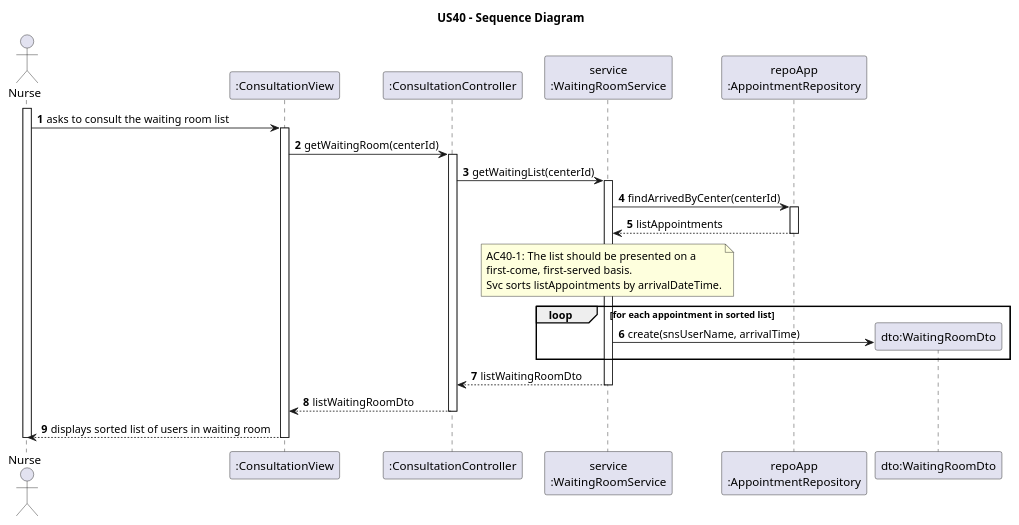
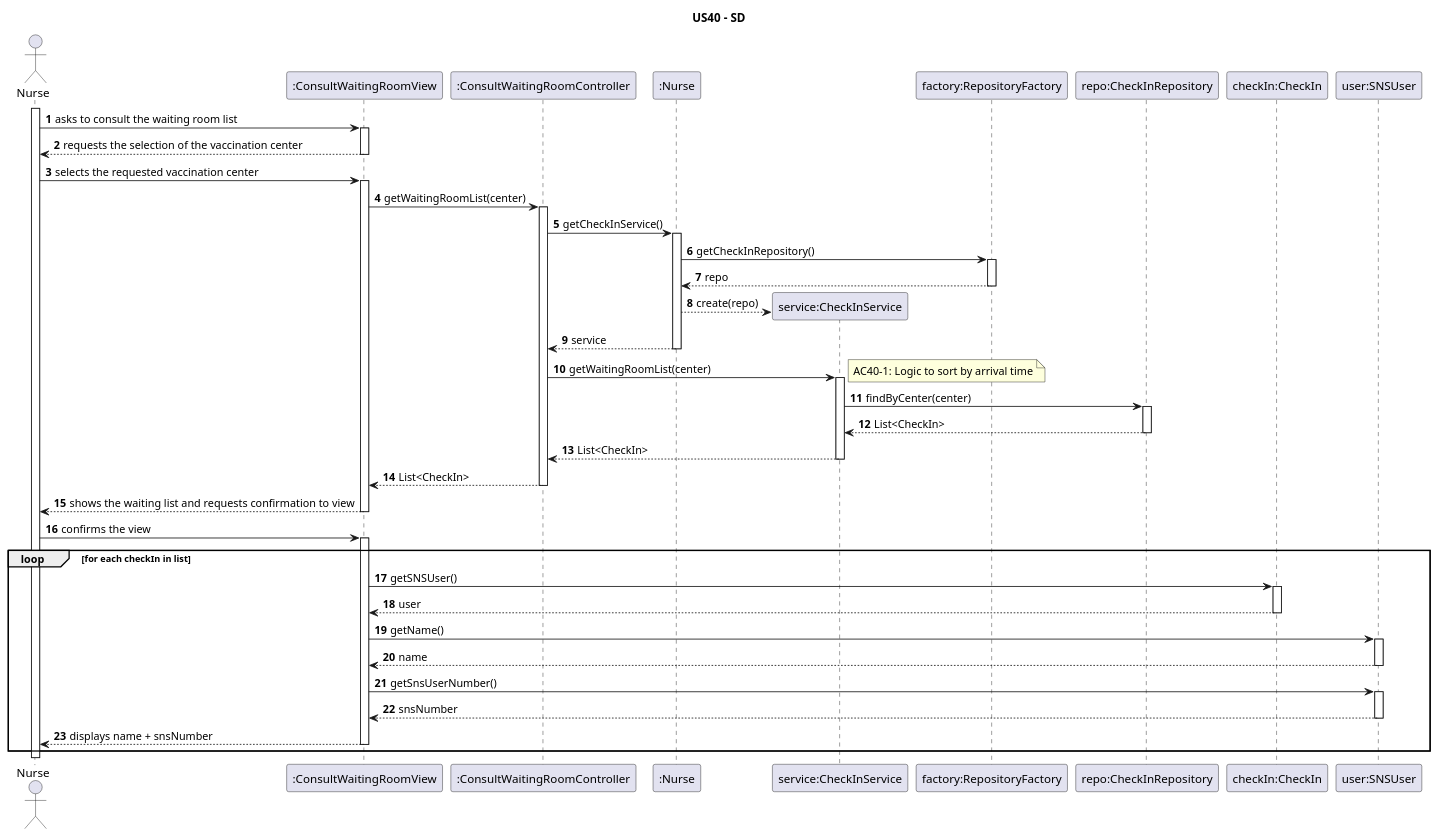
The diagram in docs/system-documentation/US40/puml/US40-SD.puml (luluisfcm/leti-esoft-25-26-B5), drawn with PlantUML before and after one commit. The commit also changed 12 other files, not shown here.

```diff
--- a/docs/system-documentation/US40/puml/US40-SD.puml
+++ b/docs/system-documentation/US40/puml/US40-SD.puml
@@ -1,50 +1,56 @@
 @startuml
-title US40 - Sequence Diagram
+'https://plantuml.com/sequence-diagram
+
+autoactivate on
 autonumber
 
-actor "Nurse" as Nur
-participant ":ConsultationView" as UI
-participant ":ConsultationController" as Ctrl
-participant "service\n:WaitingRoomService" as Svc
-participant "repoApp\n:AppointmentRepository" as Repo
-participant "dto:WaitingRoomDto" as DTO
+title US40 - SD
 
-activate Nur
+actor "Nurse" as NurseActor
+participant ":ConsultWaitingRoomView" as UI
+participant ":ConsultWaitingRoomController" as Ctrl
+participant ":Nurse" as Nurse
+participant "service:CheckInService" as Service
+participant "factory:RepositoryFactory" as Factory
+participant "repo:CheckInRepository" as Repo
+participant "checkIn:CheckIn" as CheckIn
+participant "user:SNSUser" as User
 
-Nur -> UI : asks to consult the waiting room list
-activate UI
+activate NurseActor
 
-    UI -> Ctrl : getWaitingRoom(centerId)
-    activate Ctrl
+NurseActor -> UI: asks to consult the waiting room list
+UI --> NurseActor: requests the selection of the vaccination center
 
-        Ctrl -> Svc : getWaitingList(centerId)
-        activate Svc
+NurseActor -> UI: selects the requested vaccination center
+UI -> Ctrl: getWaitingRoomList(center)
 
-            ' Procura agendamentos com status "Arrived"
-            Svc -> Repo : findArrivedByCenter(centerId)
-            activate Repo
-            Repo --> Svc : listAppointments
-            deactivate Repo
+' Obtenção do serviço via Nurse/Factory (Seguindo o Molde)
+Ctrl -> Nurse: getCheckInService()
+Nurse -> Factory : getCheckInRepository()
+Factory --> Nurse: repo
+Nurse --> Service**: create(repo)
+Nurse --> Ctrl: service
 
-            ' Regra de Negócio AC40-1
-            note over Svc
-                AC40-1: The list should be presented on a
-                first-come, first-served basis.
-                Svc sorts listAppointments by arrivalDateTime.
-            end note
+' Obtenção da lista ordenada
+Ctrl -> Service: getWaitingRoomList(center)
+note right: AC40-1: Logic to sort by arrival time
+Service -> Repo: findByCenter(center)
+Repo --> Service: List<CheckIn>
+Service --> Ctrl: List<CheckIn>
+Ctrl --> UI: List<CheckIn>
 
-            loop for each appointment in sorted list
-                Svc -> DTO** : create(snsUserName, arrivalTime)
-            end
+UI --> NurseActor: shows the waiting list and requests confirmation to view
 
-            Svc --> Ctrl : listWaitingRoomDto
-        deactivate Svc
+' Iteração sobre os dados após confirmação
+NurseActor -> UI: confirms the view
+loop for each checkIn in list
+    UI -> CheckIn: getSNSUser()
+    CheckIn --> UI: user
+    UI -> User: getName()
+    User --> UI: name
+    UI -> User: getSnsUserNumber()
+    User --> UI: snsNumber
+    UI --> NurseActor: displays name + snsNumber
+end loop
 
-        Ctrl --> UI : listWaitingRoomDto
-    deactivate Ctrl
-
-    UI --> Nur : displays sorted list of users in waiting room
-deactivate UI
-
-deactivate Nur
 @enduml
```
